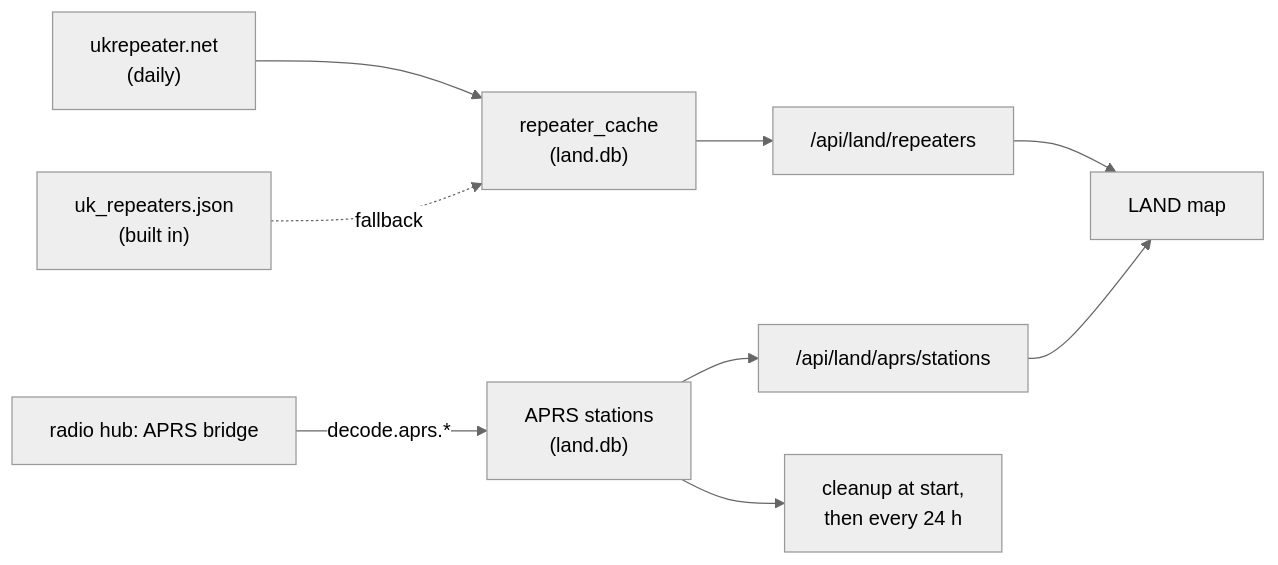
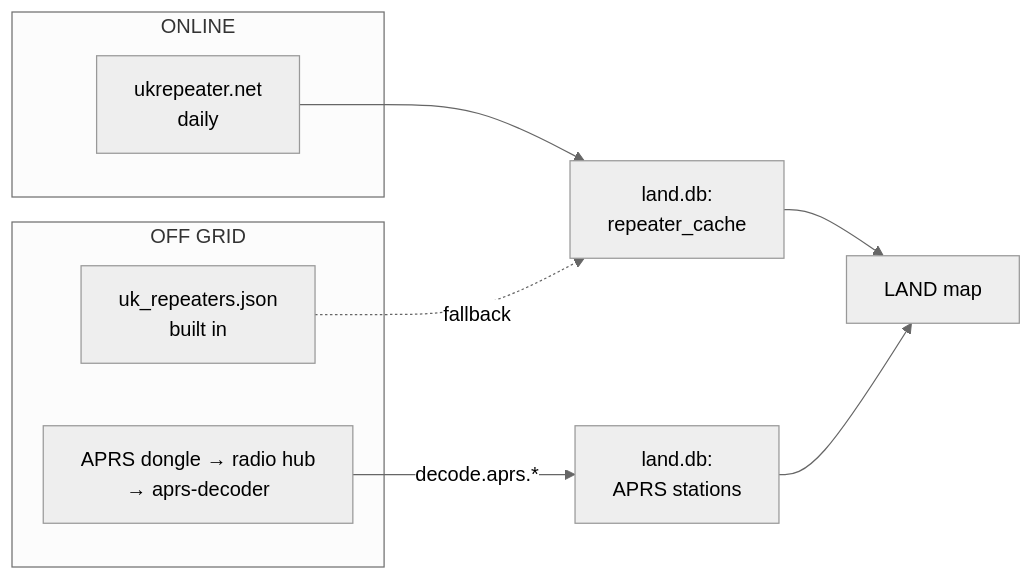
The fourth of 5 diagrams in docs/architecture/data-flows.md (barrygee/Sentinel), drawn with Mermaid (neutral theme) before and after one commit. The commit also changed other lines of this file and 37 other files, not shown here.

````diff
--- a/docs/architecture/data-flows.md
+++ b/docs/architecture/data-flows.md
@@ -90,11 +86,17 @@
 ```mermaid
 flowchart LR
-    ukr["ukrepeater.net<br/>(daily)"] --> cache["repeater_cache<br/>(land.db)"]
-    bundled["uk_repeaters.json<br/>(built in)"] -. "fallback" .-> cache
-    cache --> rapi["/api/land/repeaters"]
-    hub["radio hub: APRS bridge"] -- "decode.aprs.*" --> stations["APRS stations<br/>(land.db)"]
-    stations --> aapi["/api/land/aprs/stations"]
-    rapi --> map["LAND map"]
-    aapi --> map
-    stations --> cleanup["cleanup at start,<br/>then every 24 h"]
+    subgraph landOnline["ONLINE"]
+        ukr["ukrepeater.net<br/>daily"]
+    end
+    subgraph landOffgrid["OFF GRID"]
+        bundled["uk_repeaters.json<br/>built in"]
+        aprs["APRS dongle → radio hub<br/>→ aprs-decoder"]
+    end
+    ukr --> cache["land.db:<br/>repeater_cache"]
+    bundled -. "fallback" .-> cache
+    aprs -- "decode.aprs.*" --> stations["land.db:<br/>APRS stations"]
+    cache --> map["LAND map"]
+    stations --> map
+    class landOnline online
+    class landOffgrid offgrid
 ```
````
